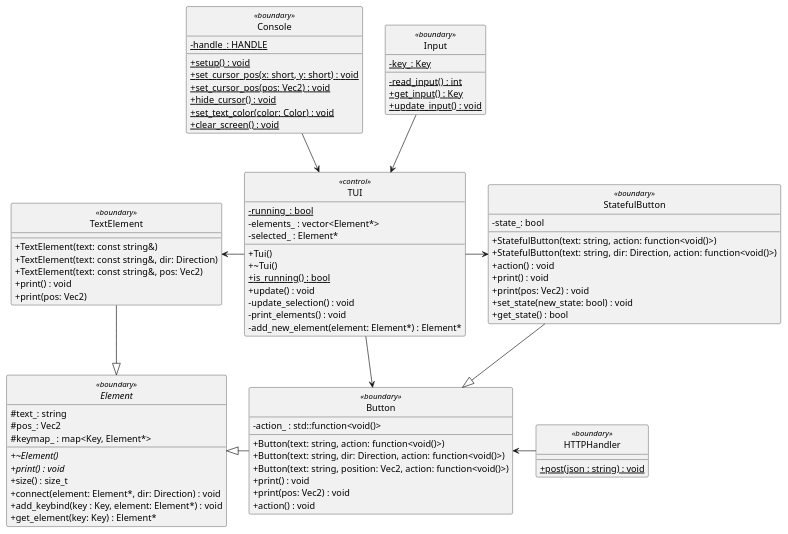
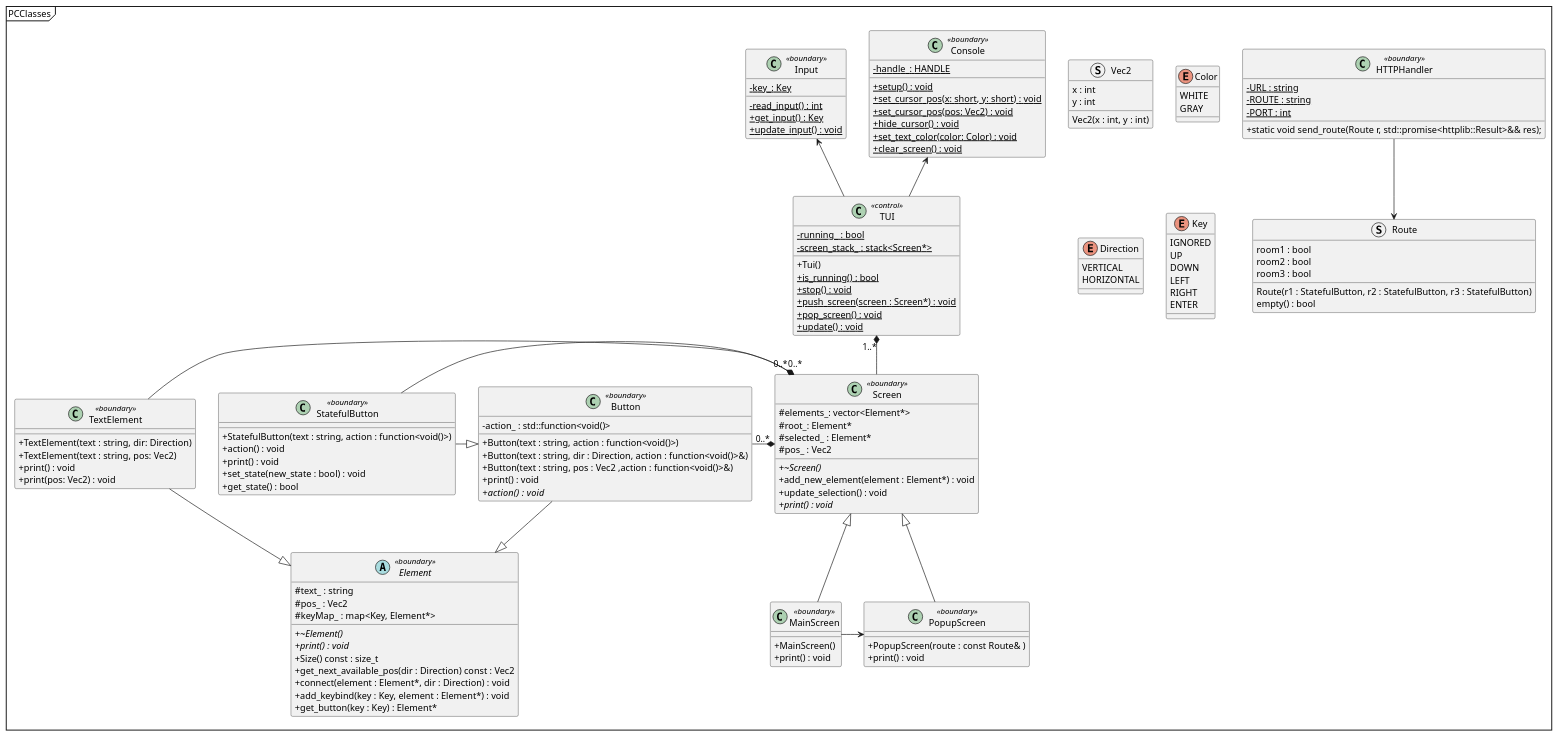
Before and after one commit to lineklemensen/PRJ3: the diagram in docs/diagrams/Plantuml/apModel/pc_classes.puml, drawn with PlantUML. The commit also changed 1 other file, not shown here.

Commit message:
Update pc class diagram

```diff
--- a/docs/diagrams/Plantuml/apModel/pc_classes.puml
+++ b/docs/diagrams/Plantuml/apModel/pc_classes.puml
@@ -1,108 +1,190 @@
 @startuml PCClasses
 
-hide circle
+mainframe PCClasses
+'hide circle
+
 skinparam {
     packageStyle rectangle
     'Linetype ortho
     ClassAttributeIconSize 0
 }
 
 class "TUI" as tui <<control>>
 {
-    - {static}running_: bool
-    - elements_ : vector<Element*>
-    - selected_ : Element*
+   - {static} running_ : bool
+   - {static} screen_stack_ : stack<Screen*>
 
-    + Tui()
-    + ~Tui()
-    + {static}is_running() : bool
-    + update() : void
-    - update_selection() : void
-    - print_elements() : void
-    - add_new_element(element: Element*) : Element*
+   + Tui()
+   + {static} is_running() : bool
+   + {static} stop() : void
+   + {static} push_screen(screen : Screen*) : void
+   + {static} pop_screen() : void
+   + {static} update() : void
 }
 
 class "Console" as cs <<boundary>>
 {
-    -{static}handle_: HANDLE
-    +{static}setup() : void
-    +{static}set_cursor_pos(x: short, y: short) : void
-    +{static}set_cursor_pos(pos: Vec2) : void
-    +{static}hide_cursor() : void
-    +{static}set_text_color(color: Color) : void
-    +{static}clear_screen() : void
+
+   -{static}handle_: HANDLE
+   +{static}setup() : void
+   +{static}set_cursor_pos(x: short, y: short) : void
+   +{static}set_cursor_pos(pos: Vec2) : void
+   +{static}hide_cursor() : void
+   +{static}set_text_color(color: Color) : void
+   +{static}clear_screen() : void
 
 }
 
 class "Input" as in <<boundary>>
 {
-    -{static}key_: Key
-    -{static}read_input() : int
-    +{static}get_input() : Key
-    +{static}update_input() : void
+   -{static}key_: Key
+   -{static}read_input() : int
+   +{static}get_input() : Key
+   +{static}update_input() : void
 }
 
 class "Button" as b <<boundary>>
 {
-    -{field}action_ : std::function<void()>
-    +Button(text: string, action: function<void()>)
-    +Button(text: string, dir: Direction, action: function<void()>)
-    +Button(text: string, position: Vec2, action: function<void()>)
-    +print() : void
-    +print(pos: Vec2) : void
-    +action() : void
+   - {field}action_ : std::function<void()>
+   + Button(text : string, action : function<void()>)
+   + Button(text : string, dir : Direction, action : function<void()>&)
+   + Button(text : string, pos : Vec2 ,action : function<void()>&)
+   + print() : void
+   + {abstract} action() :  void
 }
 
 abstract "Element" as e <<boundary>>
 {
-    +{abstract}~Element()
-    +{abstract}print() : void
-    + size() : size_t
-    + connect(element: Element*, dir: Direction) : void
-    + add_keybind(key : Key, element: Element*) : void
-    + get_element(key: Key) : Element*
-    # text_: string
-    # pos_: Vec2
-    # keymap_ : map<Key, Element*>
+   + {abstract}~Element()
+   + {abstract}print() : void 
+   + Size() const : size_t
+   + get_next_available_pos(dir : Direction) const : Vec2
+   + connect(element : Element*, dir : Direction) : void
+   + add_keybind(key : Key, element : Element*) : void
+   + get_button(key : Key) : Element*
+
+   # text_ : string
+   # pos_ : Vec2 
+   # keyMap_ : map<Key, Element*>
+
 }
 
 class "TextElement" as te <<boundary>>
 {
-    + TextElement(text: const string&)
-    + TextElement(text: const string&, dir: Direction)
-    + TextElement(text: const string&, pos: Vec2)
-    + print() : void
-    + print(pos: Vec2)
+   + TextElement(text : string, dir: Direction)
+   + TextElement(text : string, pos: Vec2)
+   + print() : void
+   + print(pos: Vec2) : void
 }
 
 class "StatefulButton" as sb <<boundary>>
 {
-    - state_: bool
-    +StatefulButton(text: string, action: function<void()>)
-    +StatefulButton(text: string, dir: Direction, action: function<void()>)
-    +action() : void
-    +print() : void
-    +print(pos: Vec2) : void
-    +set_state(new_state: bool) : void
-    + get_state() : bool
+   + StatefulButton(text : string, action : function<void()>)
+   '+ StatefulButton(text : string, dir : Direction,action : function<void()>)
+   + action() : void
+   + print() : void
+   + set_state(new_state : bool) : void
+   + get_state() : bool
 }
 
 class "HTTPHandler" as http <<boundary>>
 {
-    + {static}post(json : string) : void
+   - {static}URL : string
+   - {static}ROUTE : string
+   - {static}PORT : int
+
+   + static void send_route(Route r, std::promise<httplib::Result>&& res);
+}
+
+class "Screen" as sc <<boundary>>
+{
+   # elements_: vector<Element*>
+   # root_: Element*
+   # selected_ : Element* 
+   # pos_ : Vec2
+
+   + {abstract}~Screen()
+   + add_new_element(element : Element*) : void
+   + update_selection() : void
+   + {abstract}print() : void
+
+}
+
+class "MainScreen" as msc <<boundary>>
+{
+   + MainScreen()
+   + print() : void
+}
+class "PopupScreen" as psc <<boundary>>
+{
+   + PopupScreen(route : const Route& )
+   + print() : void
 }
 
 
-b -l-|> e
-te -d-|> e
-sb --|> b
+struct Vec2{
+   x : int
+   y : int
 
-tui -l-> te
-tui -r-> sb
-tui --> b
+   Vec2(x : int, y : int)
+}
+struct Route
+{
+   room1 : bool
+   room2 : bool
+   room3 : bool
 
-cs --> tui
-in --> tui
+   Route(r1 : StatefulButton, r2 : StatefulButton, r3 : StatefulButton)
+   empty() : bool
+}
 
-http -l-> b
+enum Color {
+   WHITE
+   GRAY
+}
+
+enum Direction{
+   VERTICAL
+   HORIZONTAL
+}
+
+enum Key
+{
+   IGNORED
+   UP
+   DOWN
+   LEFT
+   RIGHT
+   ENTER
+}
+
+tui -u-> cs
+tui -u-> in
+
+msc -u-|> sc
+psc -u-|> sc
+
+tui "1..*" *--  sc
+msc -r-> psc
+
+te --|> e
+sb -r-|> b
+b --|> e
+
+sc "0..*" *-l- te
+sc "0..*" *-l- sb
+sc "0..*" *-l- b
+
+'b --> http 
+
+
+http -d-> Route
+
+'note right of Color : Used for setting the\ntext color in the terminal;
+'note right of Direction : Used for determining which\ndirection to automatically place an element
+'note right of Key : The different input keys
+'note right of Vec2 : Simple storage of a x,y pair of values.\nMostly used as coordinates
+
+
+
 @enduml
```
